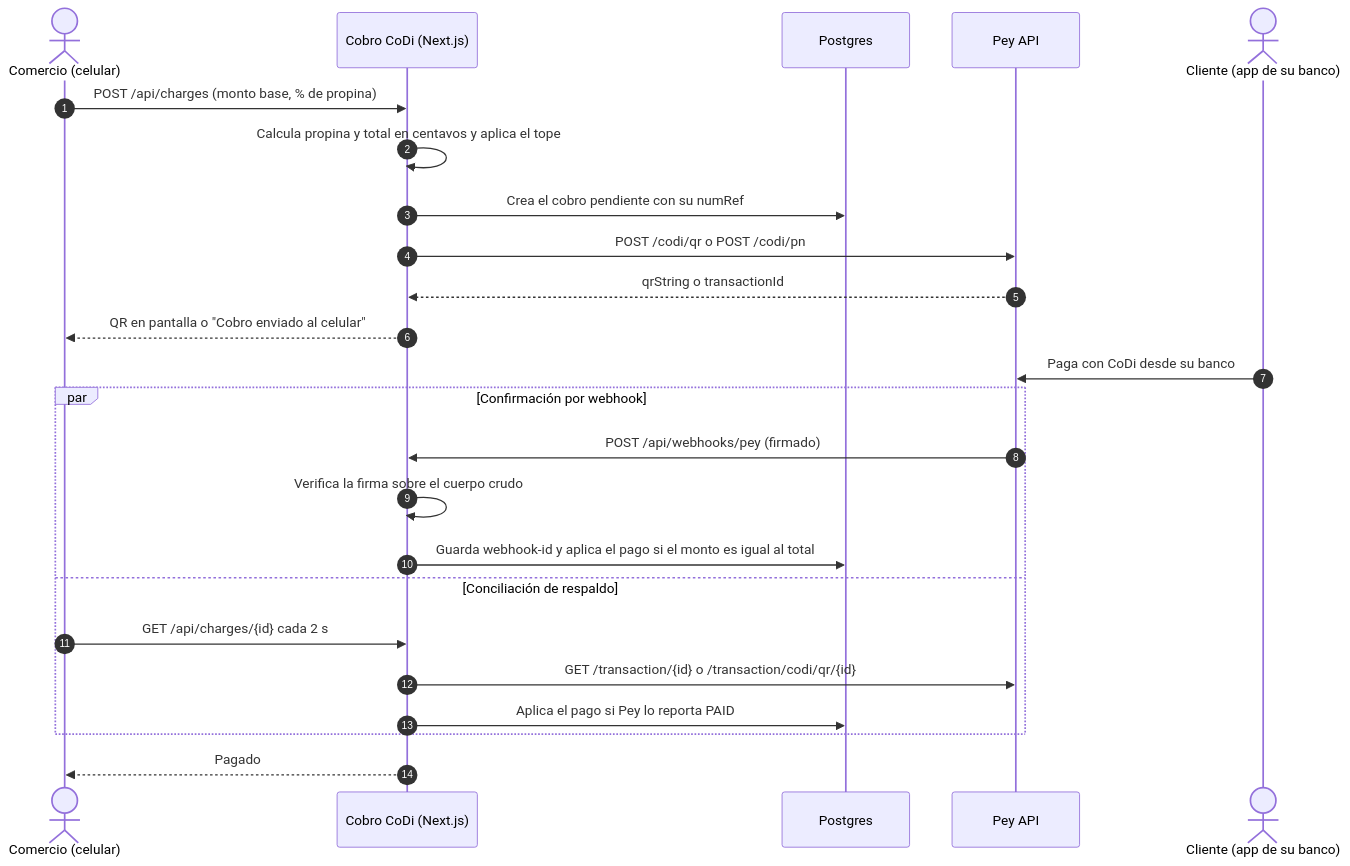
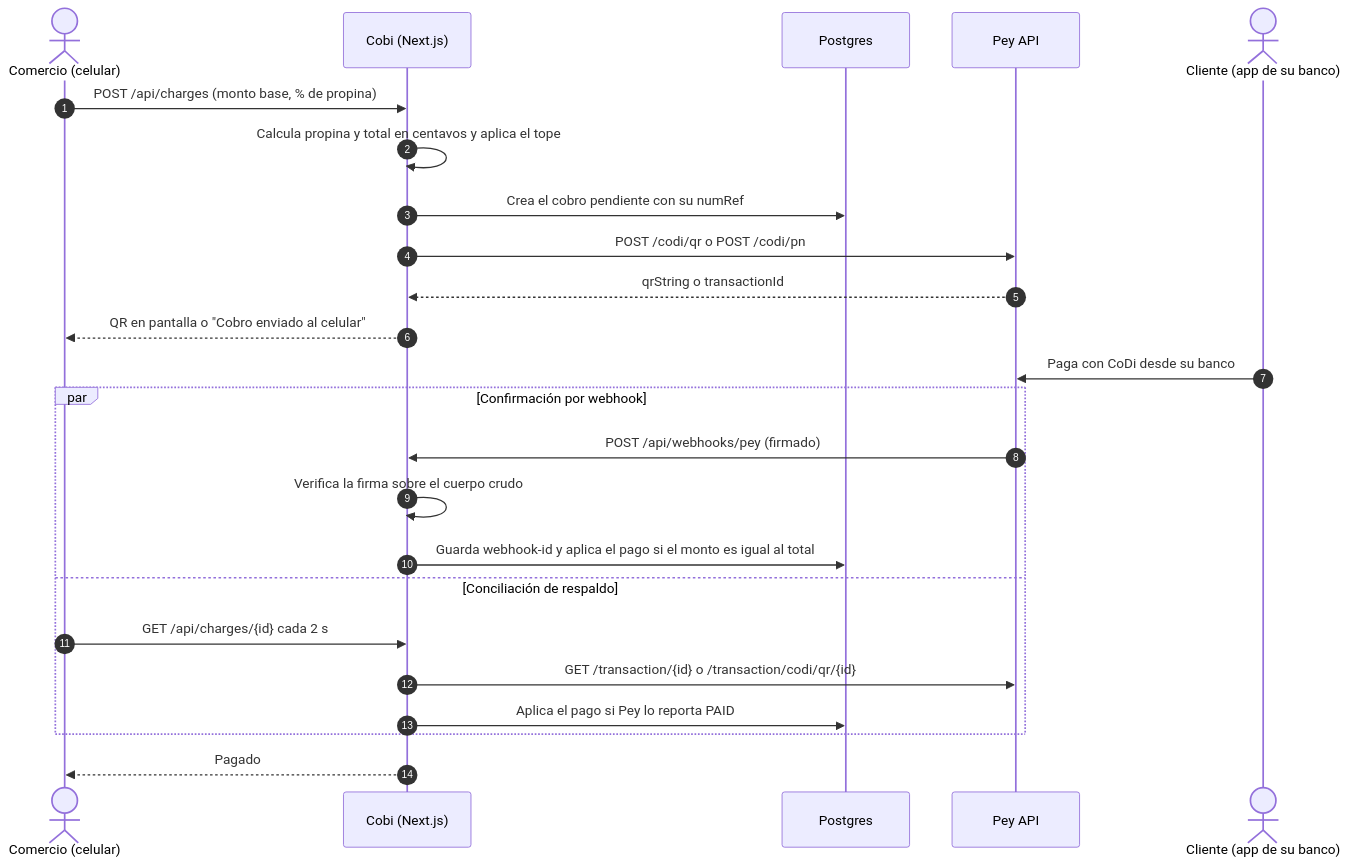
The first of 2 diagrams in README.md (Rubench0/code-pay), drawn with Mermaid before and after one commit. The commit also changed other lines of this file and 9 other files, not shown here.

First line of the commit message:
Rename the app to Cobi, give it a more legible look and rewrite the README

````diff
--- a/README.md
+++ b/README.md
@@ -99,27 +164,27 @@
 ```mermaid
 sequenceDiagram
     autonumber
     actor M as Comercio (celular)
-    participant App as Cobro CoDi (Next.js)
+    participant App as Cobi (Next.js)
     participant DB as Postgres
     participant Pey as Pey API
     actor C as Cliente (app de su banco)
 
     M->>App: POST /api/charges (monto base, % de propina)
     App->>App: Calcula propina y total en centavos y aplica el tope
     App->>DB: Crea el cobro pendiente con su numRef
     App->>Pey: POST /codi/qr o POST /codi/pn
     Pey-->>App: qrString o transactionId
     App-->>M: QR en pantalla o "Cobro enviado al celular"
     C->>Pey: Paga con CoDi desde su banco
     par Confirmación por webhook
         Pey->>App: POST /api/webhooks/pey (firmado)
         App->>App: Verifica la firma sobre el cuerpo crudo
         App->>DB: Guarda webhook-id y aplica el pago si el monto es igual al total
     and Conciliación de respaldo
         M->>App: GET /api/charges/{id} cada 2 s
         App->>Pey: GET /transaction/{id} o /transaction/codi/qr/{id}
         App->>DB: Aplica el pago si Pey lo reporta PAID
     end
     App-->>M: Pagado
 ```
````
